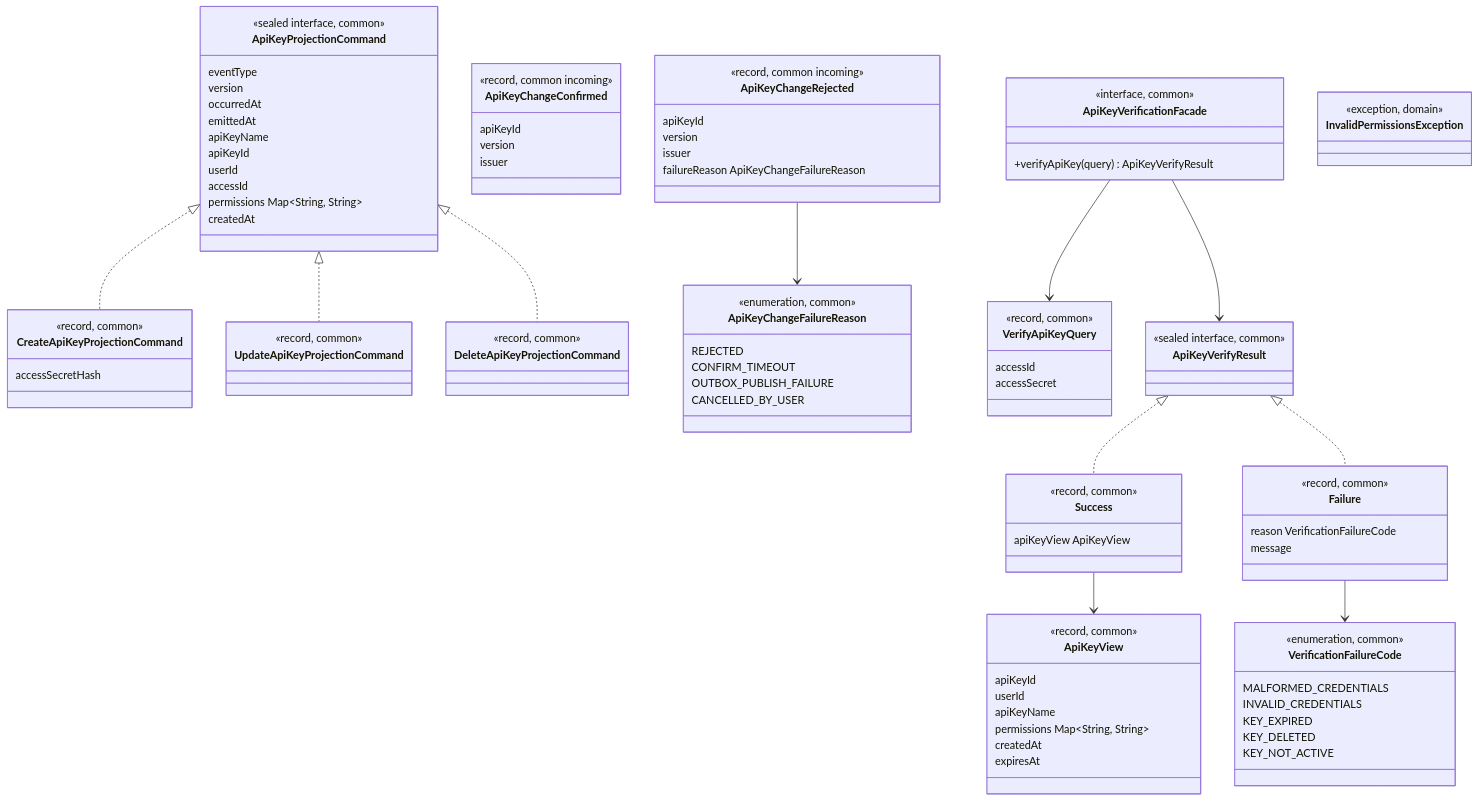
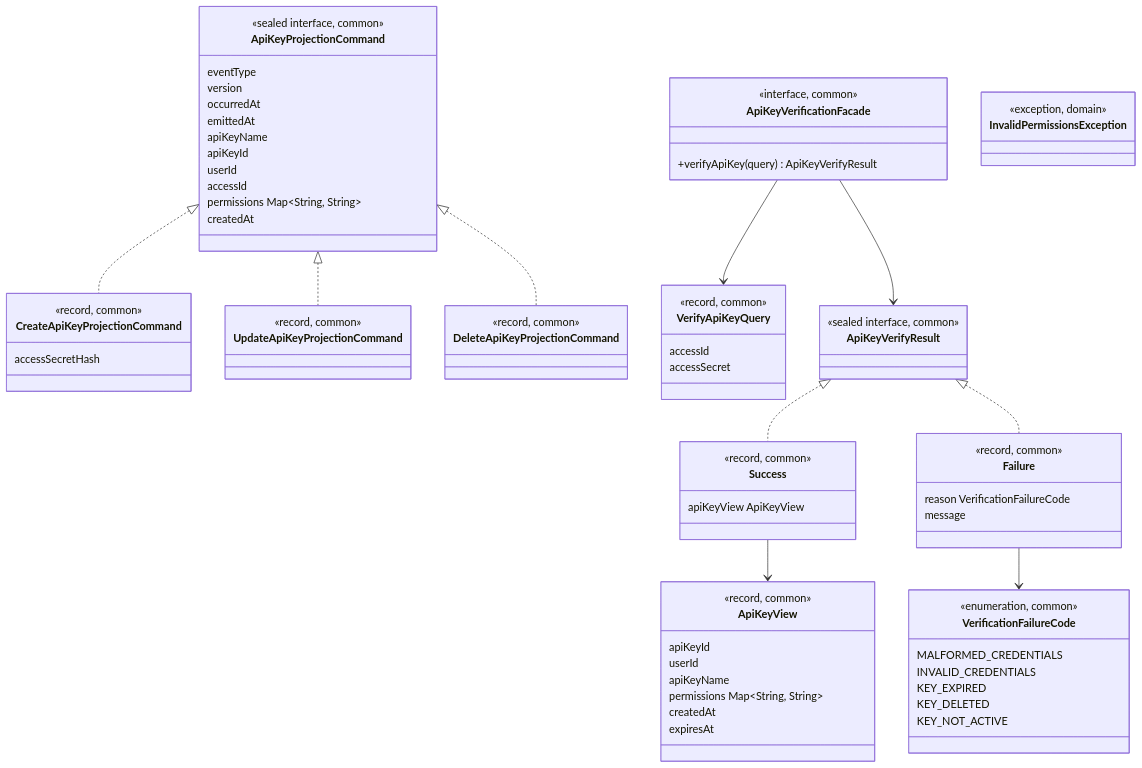
One commit to Dhiren9939/HQ-Tier0 changed the third of 14 diagrams in docs/access-context.md. Above: the diagram before and after it, drawn with Mermaid. The commit also changed other lines of this file and 53 other files, not shown here.

```diff
--- a/docs/access-context.md
+++ b/docs/access-context.md
@@ -491,26 +415,6 @@
     }
     class DeleteApiKeyProjectionCommand {
         <<record, common>>
-    }
-    class ApiKeyChangeConfirmed {
-        <<record, common incoming>>
-        apiKeyId
-        version
-        issuer
-    }
-    class ApiKeyChangeFailureReason {
-        <<enumeration, common>>
-        REJECTED
-        CONFIRM_TIMEOUT
-        OUTBOX_PUBLISH_FAILURE
-        CANCELLED_BY_USER
-    }
-    class ApiKeyChangeRejected {
-        <<record, common incoming>>
-        apiKeyId
-        version
-        issuer
-        failureReason ApiKeyChangeFailureReason
     }
     class ApiKeyVerificationFacade {
         <<interface, common>>
@@ -557,7 +461,6 @@
     ApiKeyProjectionCommand <|.. CreateApiKeyProjectionCommand
     ApiKeyProjectionCommand <|.. UpdateApiKeyProjectionCommand
     ApiKeyProjectionCommand <|.. DeleteApiKeyProjectionCommand
-    ApiKeyChangeRejected --> ApiKeyChangeFailureReason
     ApiKeyVerificationFacade --> VerifyApiKeyQuery
     ApiKeyVerificationFacade --> ApiKeyVerifyResult
     ApiKeyVerifyResult <|.. Success
```
